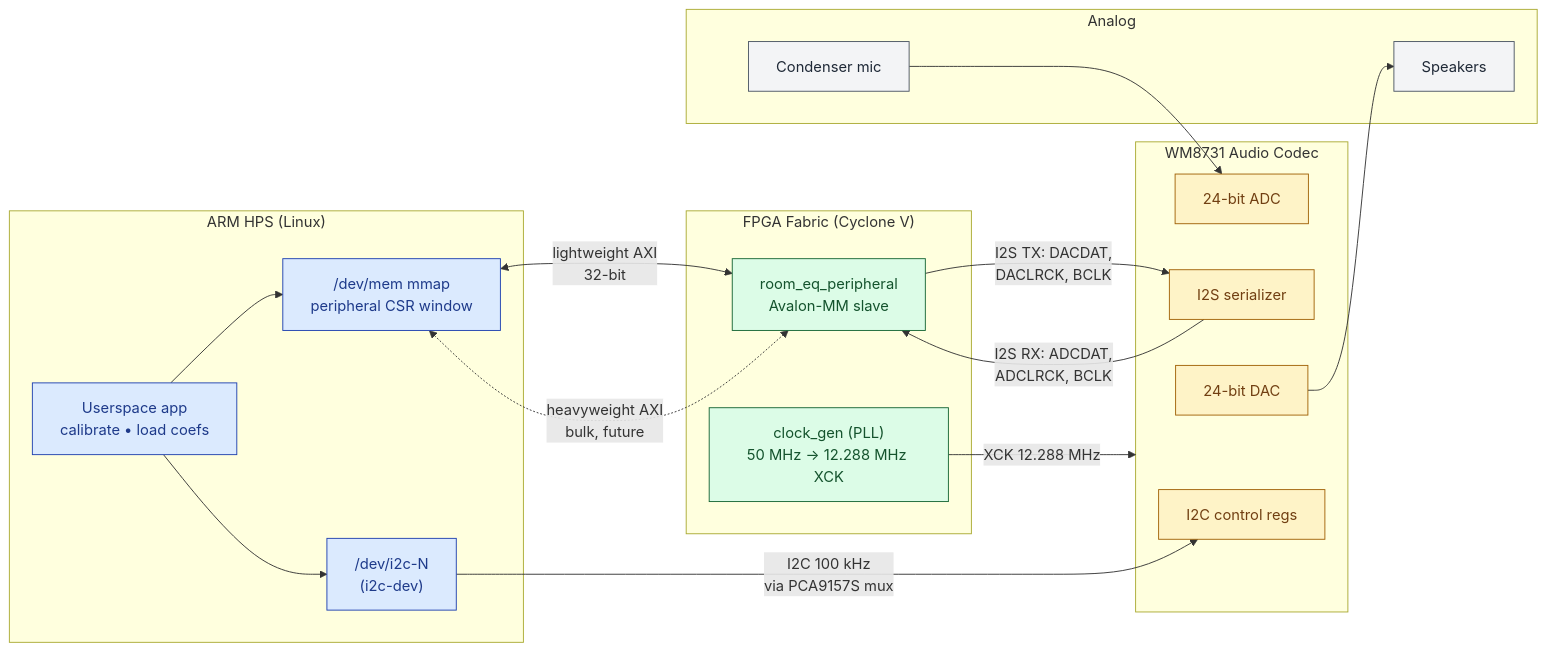
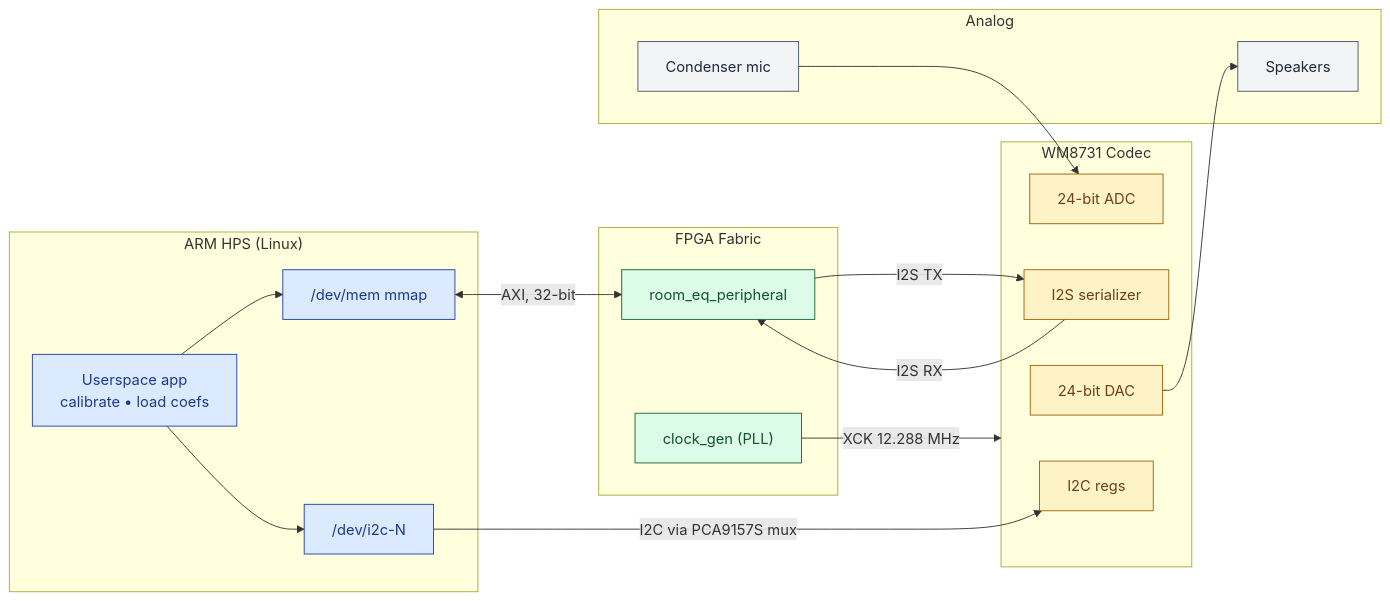
The first of 3 diagrams in docs/design.md (cscaff/Embedded-Real-Time-Room-EQ-Correction), drawn with Mermaid before and after one commit. The commit also changed other lines of this file, not shown here.

````diff
--- a/docs/design.md
+++ b/docs/design.md
@@ -36,48 +31,47 @@
 ```mermaid
 flowchart LR
   subgraph HPS["ARM HPS (Linux)"]
     APP["Userspace app<br/>calibrate • load coefs"]
-    I2CDEV["/dev/i2c-N<br/>(i2c-dev)"]
-    MMAP["/dev/mem mmap<br/>peripheral CSR window"]
+    I2CDEV["/dev/i2c-N"]
+    MMAP["/dev/mem mmap"]
   end
 
-  subgraph FPGA["FPGA Fabric (Cyclone V)"]
-    PERIPH["room_eq_peripheral<br/>Avalon-MM slave"]
-    PLL["clock_gen (PLL)<br/>50 MHz → 12.288 MHz XCK"]
+  subgraph FPGA["FPGA Fabric"]
+    PERIPH["room_eq_peripheral"]
+    PLL["clock_gen (PLL)"]
   end
 
-  subgraph CODEC["WM8731 Audio Codec"]
-    I2C_IN["I2C control regs"]
+  subgraph CODEC["WM8731 Codec"]
+    I2C_IN["I2C regs"]
     ADC["24-bit ADC"]
     DAC["24-bit DAC"]
     SER["I2S serializer"]
   end
 
   subgraph ANALOG["Analog"]
     MIC["Condenser mic"]
     SPK["Speakers"]
   end
 
   APP --> MMAP
   APP --> I2CDEV
-  MMAP <-->|lightweight AXI<br/>32-bit| PERIPH
-  MMAP <-.->|heavyweight AXI<br/>bulk, future| PERIPH
-  I2CDEV -->|I2C 100 kHz<br/>via PCA9157S mux| I2C_IN
+  MMAP <-->|AXI, 32-bit| PERIPH
+  I2CDEV -->|I2C via PCA9157S mux| I2C_IN
 
-  PERIPH -->|I2S TX: DACDAT,<br/>DACLRCK, BCLK| SER
-  SER -->|I2S RX: ADCDAT,<br/>ADCLRCK, BCLK| PERIPH
+  PERIPH -->|I2S TX| SER
+  SER -->|I2S RX| PERIPH
   PLL -->|XCK 12.288 MHz| CODEC
 
   MIC --> ADC
   DAC --> SPK
 
-  classDef hps      fill:#dbeafe,stroke:#1e40af,color:#1e3a8a
-  classDef fpga     fill:#dcfce7,stroke:#166534,color:#14532d
-  classDef codec    fill:#fef3c7,stroke:#a16207,color:#713f12
-  classDef analog   fill:#f3f4f6,stroke:#4b5563,color:#1f2937
+  classDef hps    fill:#dbeafe,stroke:#1e40af,color:#1e3a8a
+  classDef fpga   fill:#dcfce7,stroke:#166534,color:#14532d
+  classDef codec  fill:#fef3c7,stroke:#a16207,color:#713f12
+  classDef analog fill:#f3f4f6,stroke:#4b5563,color:#1f2937
 
   class APP,I2CDEV,MMAP hps
   class PERIPH,PLL fpga
   class I2C_IN,ADC,DAC,SER codec
   class MIC,SPK analog
 ```
````
